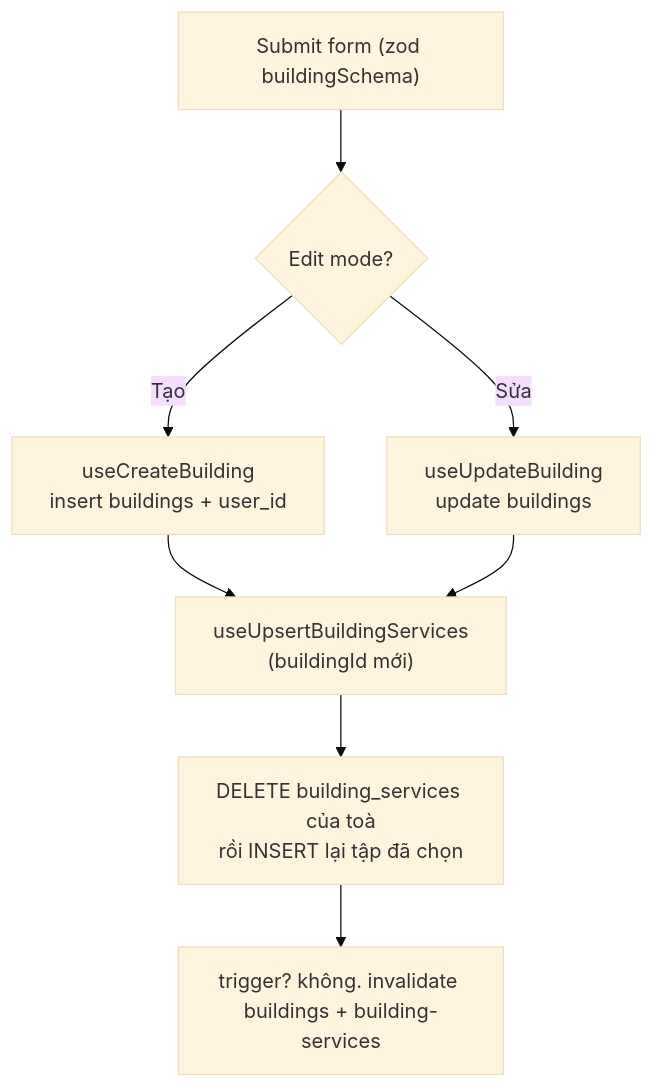
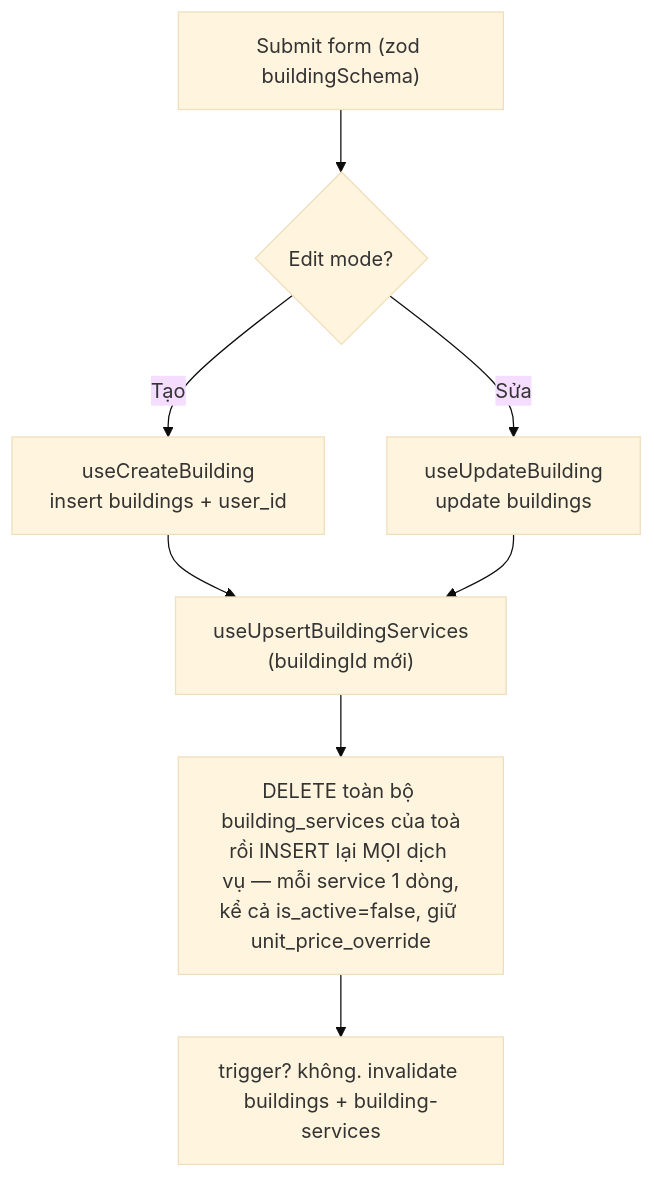
Before and after one commit to zxGreenxz/whiteboard-ihomecrm: the second of 2 diagrams in docs/he-thong/02-co-cau-toa-nha-phong-dich-vu.md, drawn with Mermaid (base theme). The commit also changed other lines of this file and 17 other files, not shown here.

````diff
--- a/docs/he-thong/02-co-cau-toa-nha-phong-dich-vu.md
+++ b/docs/he-thong/02-co-cau-toa-nha-phong-dich-vu.md
@@ -271,10 +304,10 @@
 ```mermaid
 flowchart TD
   A["Submit form (zod buildingSchema)"] --> B{Edit mode?}
   B -- Tạo --> C["useCreateBuilding<br/>insert buildings + user_id"]
   B -- Sửa --> D["useUpdateBuilding<br/>update buildings"]
   C --> E["useUpsertBuildingServices<br/>(buildingId mới)"]
   D --> E
-  E --> F["DELETE building_services của toà<br/>rồi INSERT lại tập đã chọn"]
+  E --> F["DELETE toàn bộ building_services của toà<br/>rồi INSERT lại MỌI dịch vụ — mỗi service 1 dòng,<br/>kể cả is_active=false, giữ unit_price_override"]
   F --> G["trigger? không. invalidate buildings + building-services"]
 ```
````
